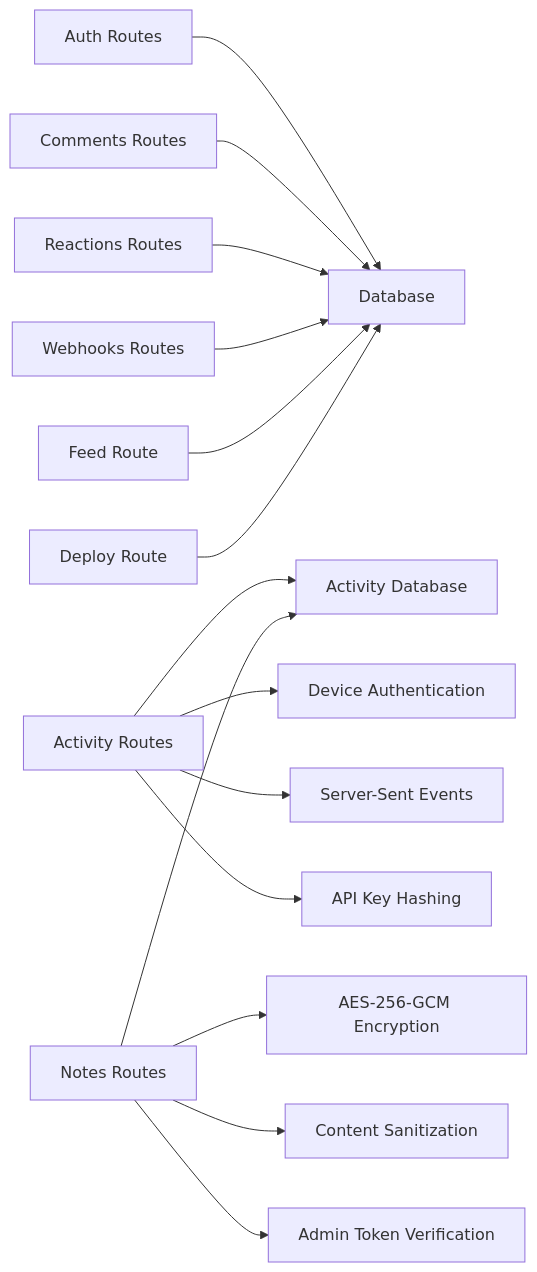
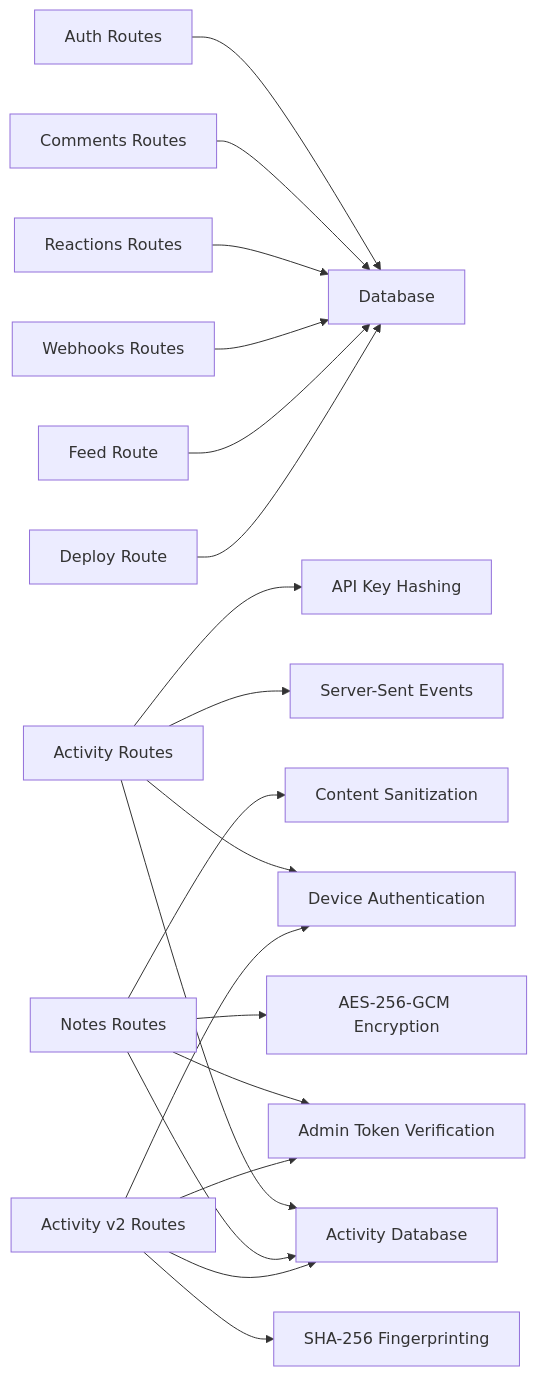
The eighth of 8 diagrams in .qoder/repowiki/en/content/API Reference/API Reference.md (WizardJIOCb/rodion.pro), drawn with Mermaid before and after one commit. The commit also changed other lines of this file and 20 other files, not shown here.

````diff
--- a/.qoder/repowiki/en/content/API Reference/API Reference.md
+++ b/.qoder/repowiki/en/content/API Reference/API Reference.md
@@ -1112,17 +1306,21 @@
 ```mermaid
 graph LR
 Auth["Auth Routes"] --> DB["Database"]
 Comments["Comments Routes"] --> DB
 Reactions["Reactions Routes"] --> DB
 Webhooks["Webhooks Routes"] --> DB
 Feed["Feed Route"] --> DB
 Deploy["Deploy Route"] --> DB
 Activity["Activity Routes"] --> ActivityDB["Activity Database"]
 Activity --> DeviceAuth["Device Authentication"]
 Activity --> SSE["Server-Sent Events"]
 Activity --> Crypto["API Key Hashing"]
 Notes["Notes Routes"] --> ActivityDB
 Notes --> AES["AES-256-GCM Encryption"]
 Notes --> Sanitize["Content Sanitization"]
 Notes --> AdminAuth["Admin Token Verification"]
+V2["Activity v2 Routes"] --> ActivityDB
+V2 --> AdminAuth
+V2 --> DeviceAuth
+V2 --> Fingerprint["SHA-256 Fingerprinting"]
 ```
````
